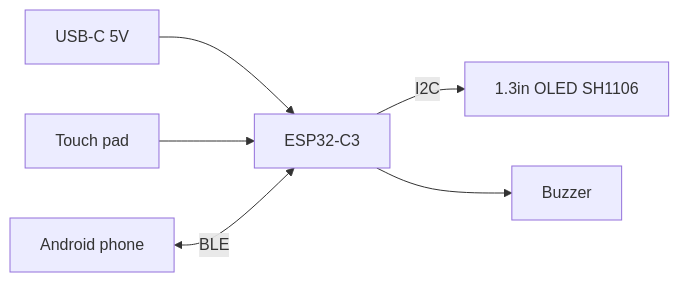
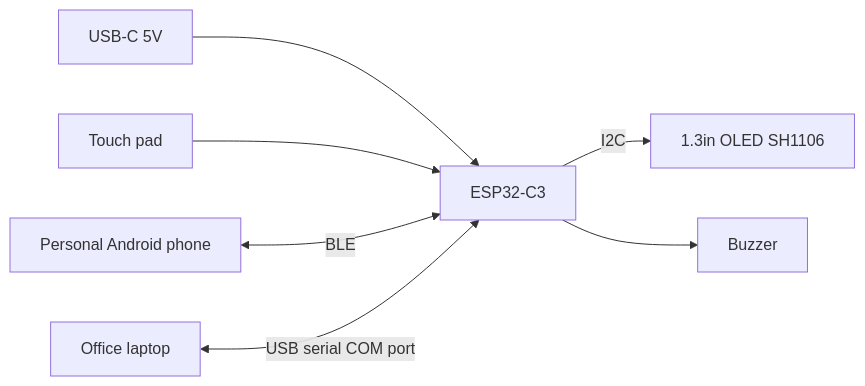
One commit to binarymaker/smart_desk_bot changed the first of 3 diagrams in README.md. Above: the diagram before and after it, drawn with Mermaid. The commit also changed other lines of this file and 1 other file, not shown here.

````diff
--- a/README.md
+++ b/README.md
@@ -61,8 +62,9 @@
 ```mermaid
 flowchart LR
     USB[USB-C 5V] --> C3[ESP32-C3]
     C3 -- I2C --> OLED[1.3in OLED SH1106]
     TOUCH[Touch pad] --> C3
     C3 --> BUZ[Buzzer]
-    PHONE[Android phone] <-- BLE --> C3
+    PHONE[Personal Android phone] <-- BLE --> C3
+    LAPTOP[Office laptop] <-- USB serial COM port --> C3
 ```
````
